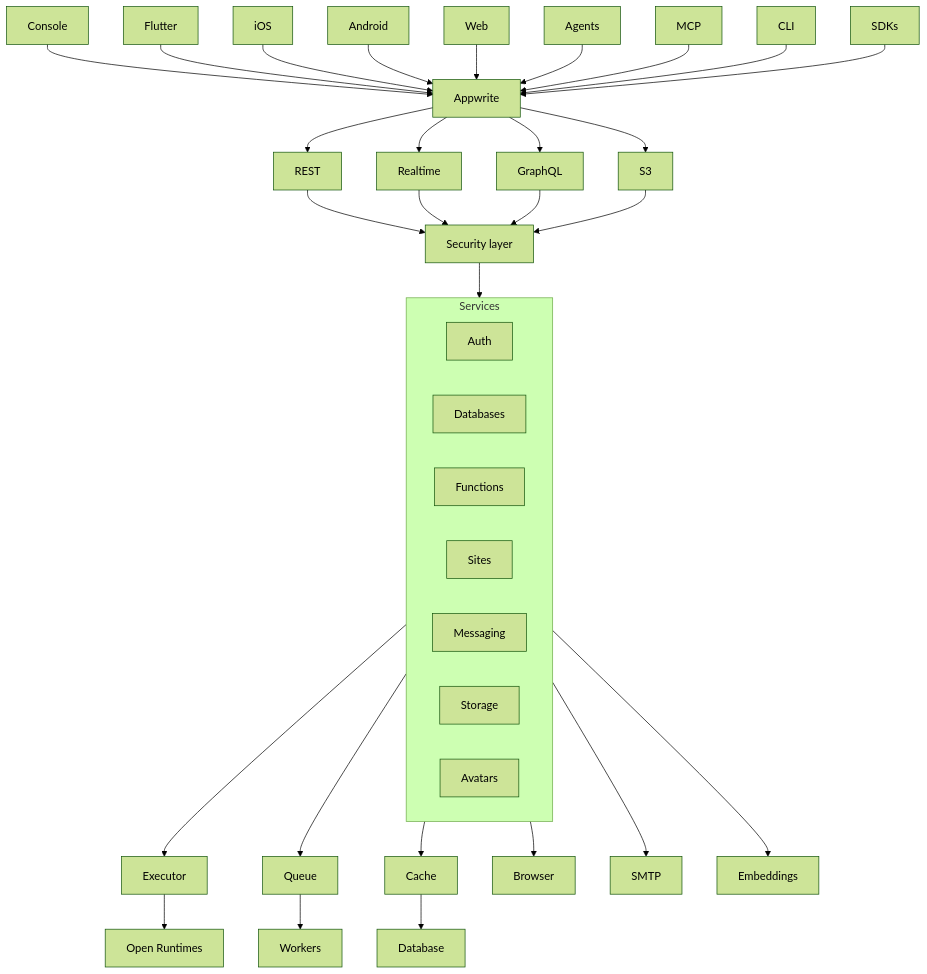
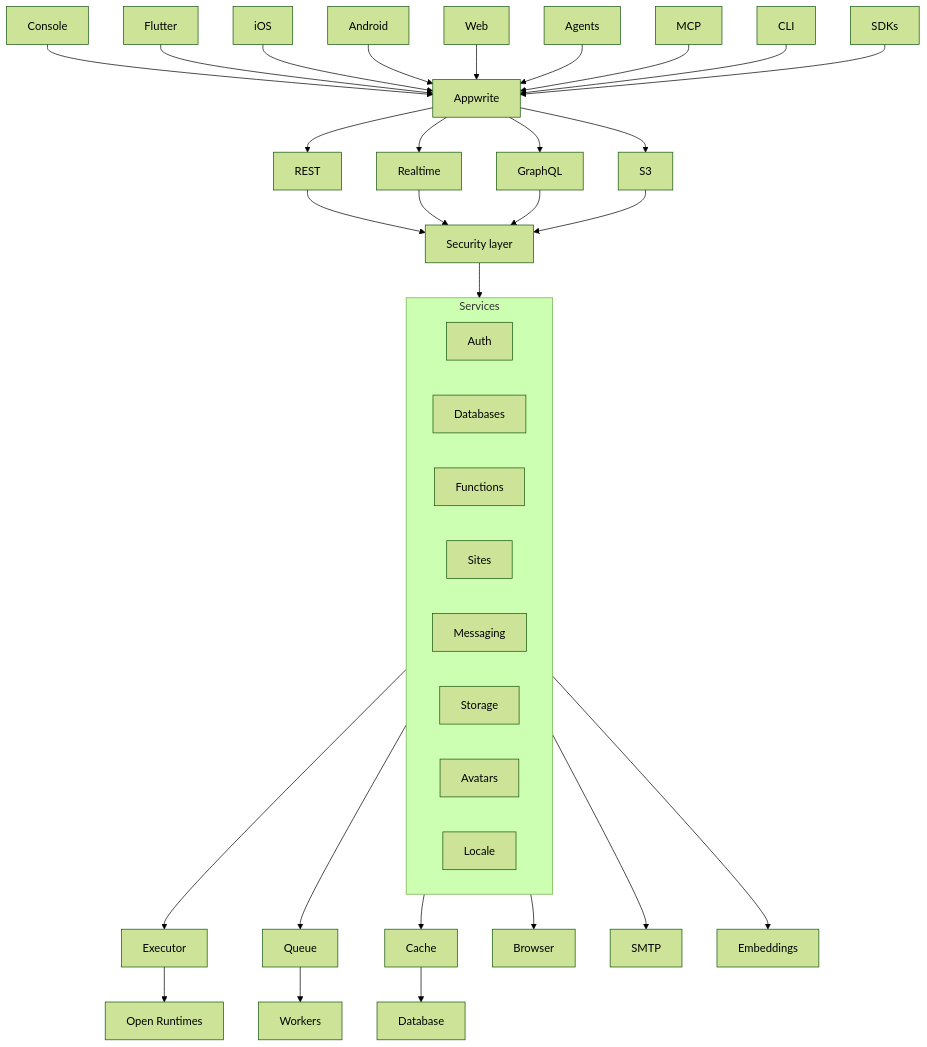
One commit to appwrite/appwrite changed the diagram in README-CN.md. Above: the diagram before and after it, drawn with Mermaid (forest theme). The commit also changed 1 other file, not shown here.

Commit message:
docs: add Locale to the Services product box

````diff
--- a/README-CN.md
+++ b/README-CN.md
@@ -215,20 +215,21 @@
 ```mermaid
 flowchart TB
   Console & Flutter & iOS & Android & Web & Agents & MCP & CLI & SDKs --> Appwrite
   Appwrite --> REST & Realtime & GraphQL & S3
   REST & Realtime & GraphQL & S3 --> securityLayer[Security layer]
   securityLayer --> services
   subgraph services [Services]
     Auth
     Databases
     Functions
     Sites
     Messaging
     Storage
     Avatars
+    Locale
   end
   services --> Executor & Queue & Cache & Browser & SMTP & Embeddings
   Cache --> Database
   Queue --> Workers
   Executor --> openRuntimes[Open Runtimes]
 ```
````
